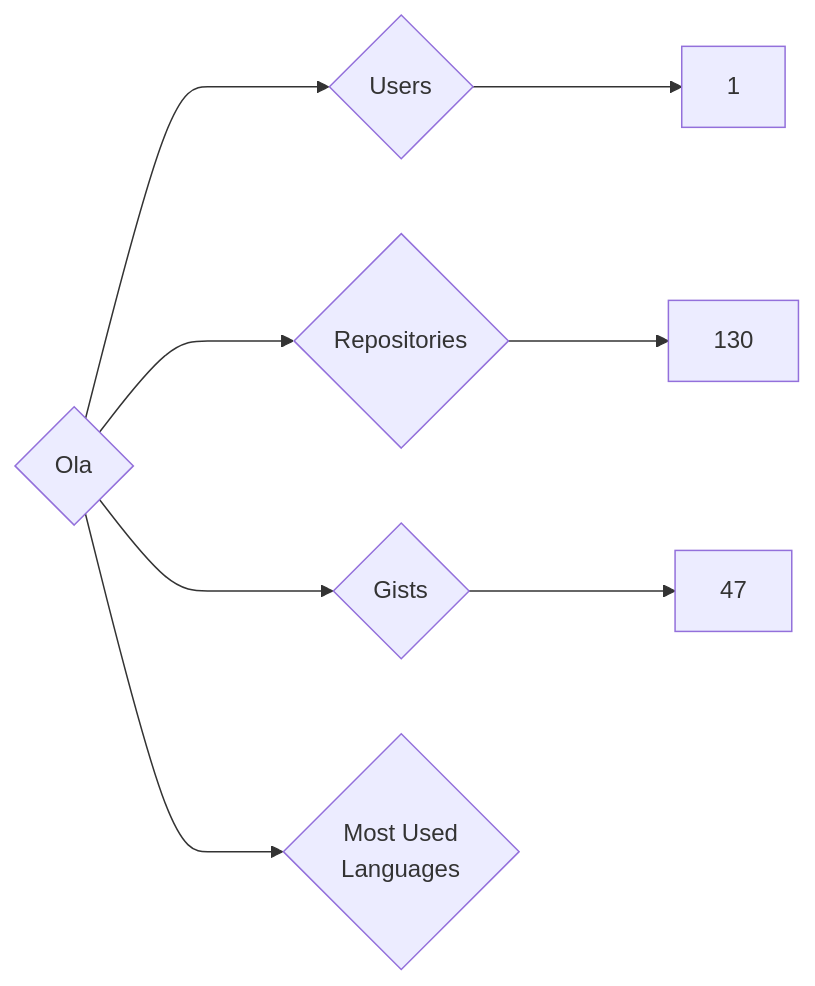
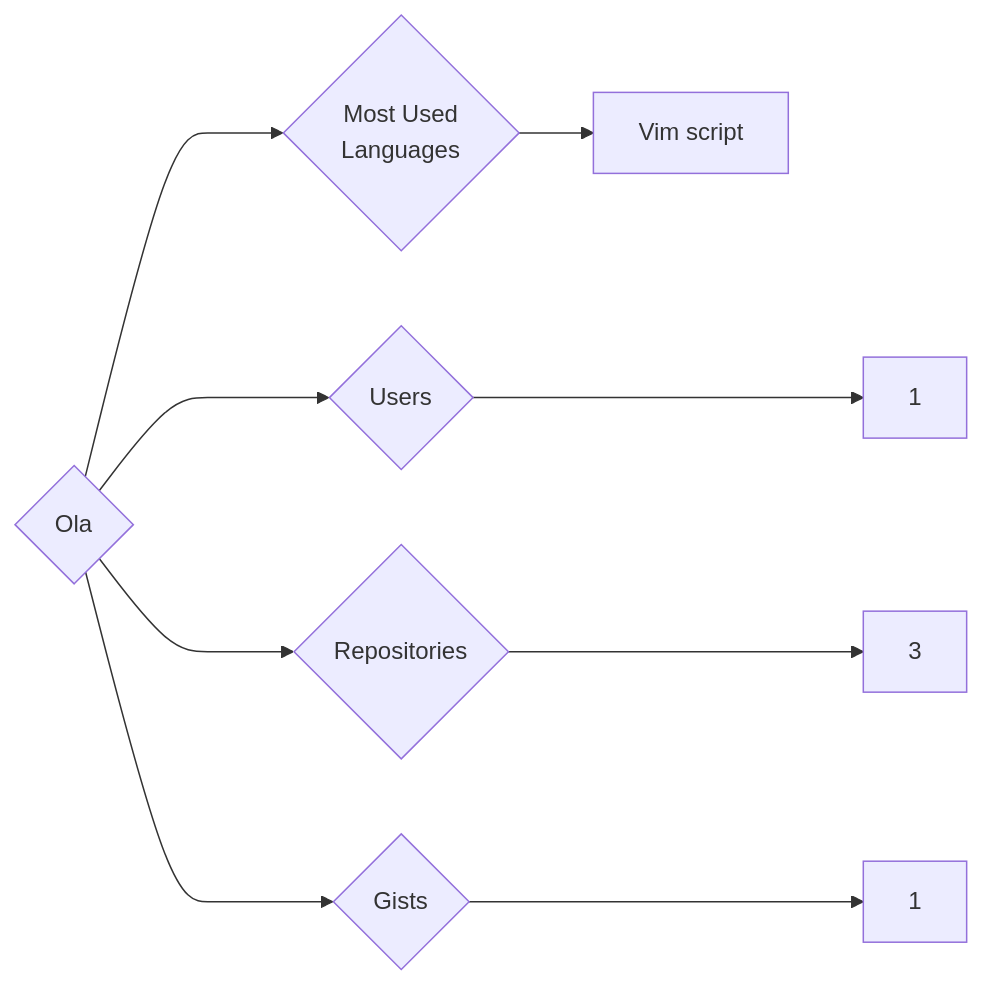
The diagram in targets/Ola/README.md (trickest/insiders), drawn with Mermaid before and after one commit. The commit also changed 677 other files, not shown here.

````diff
--- a/targets/Ola/README.md
+++ b/targets/Ola/README.md
@@ -3,8 +3,9 @@
 ```mermaid
 graph LR
 COMPANY_NAME{Ola}
 COMPANY_NAME ---> U{Users} ---> UN[1]
-COMPANY_NAME ---> R{Repositories} ---> RN[130]
-COMPANY_NAME ---> G{Gists} ---> GN[47]
+COMPANY_NAME ---> R{Repositories} ---> RN[3]
+COMPANY_NAME ---> G{Gists} ---> GN[1]
 COMPANY_NAME ---> ML{Most Used<br>Languages}
+ML --> Vim_script[Vim script]
 ```
````
